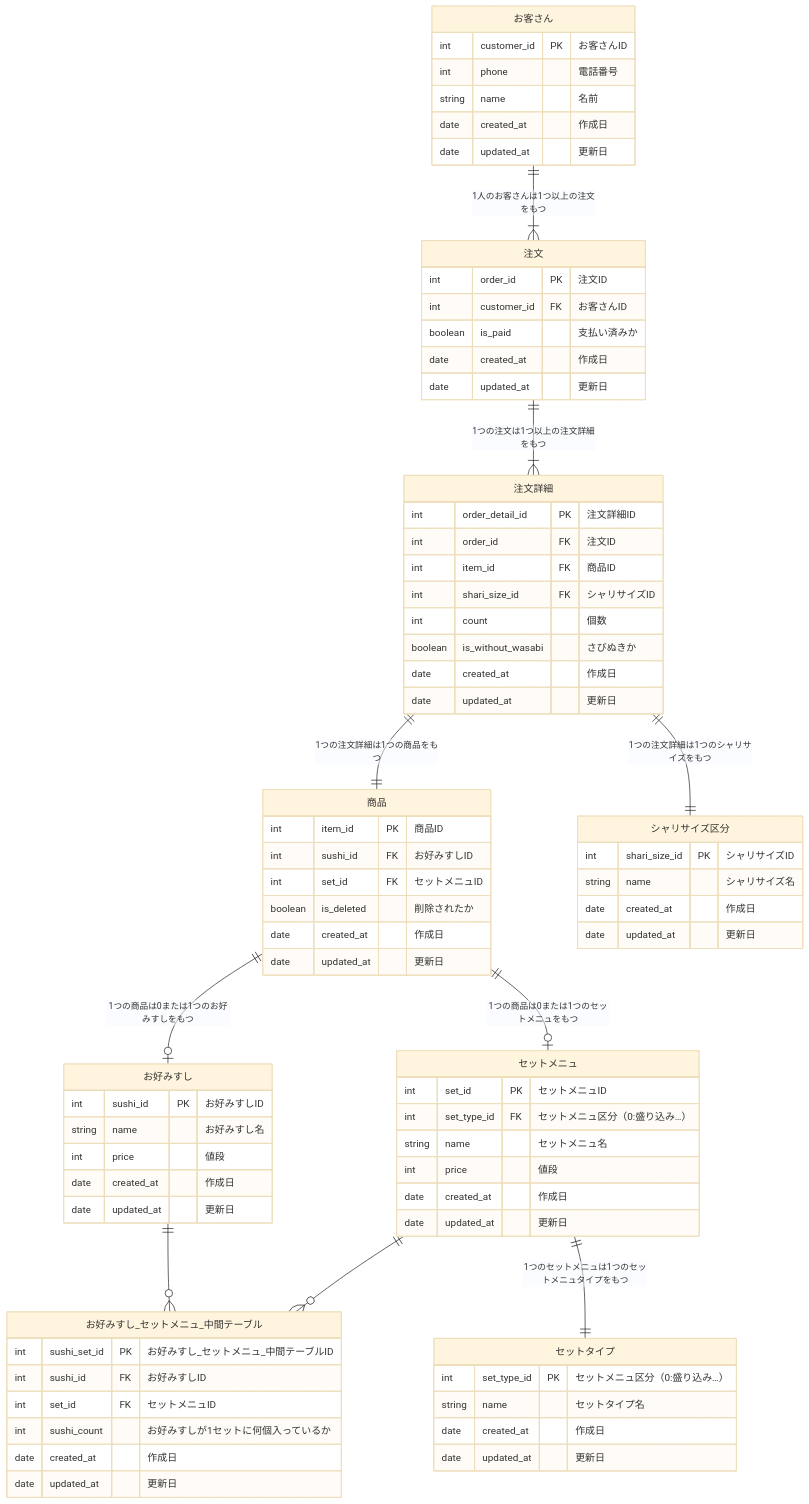
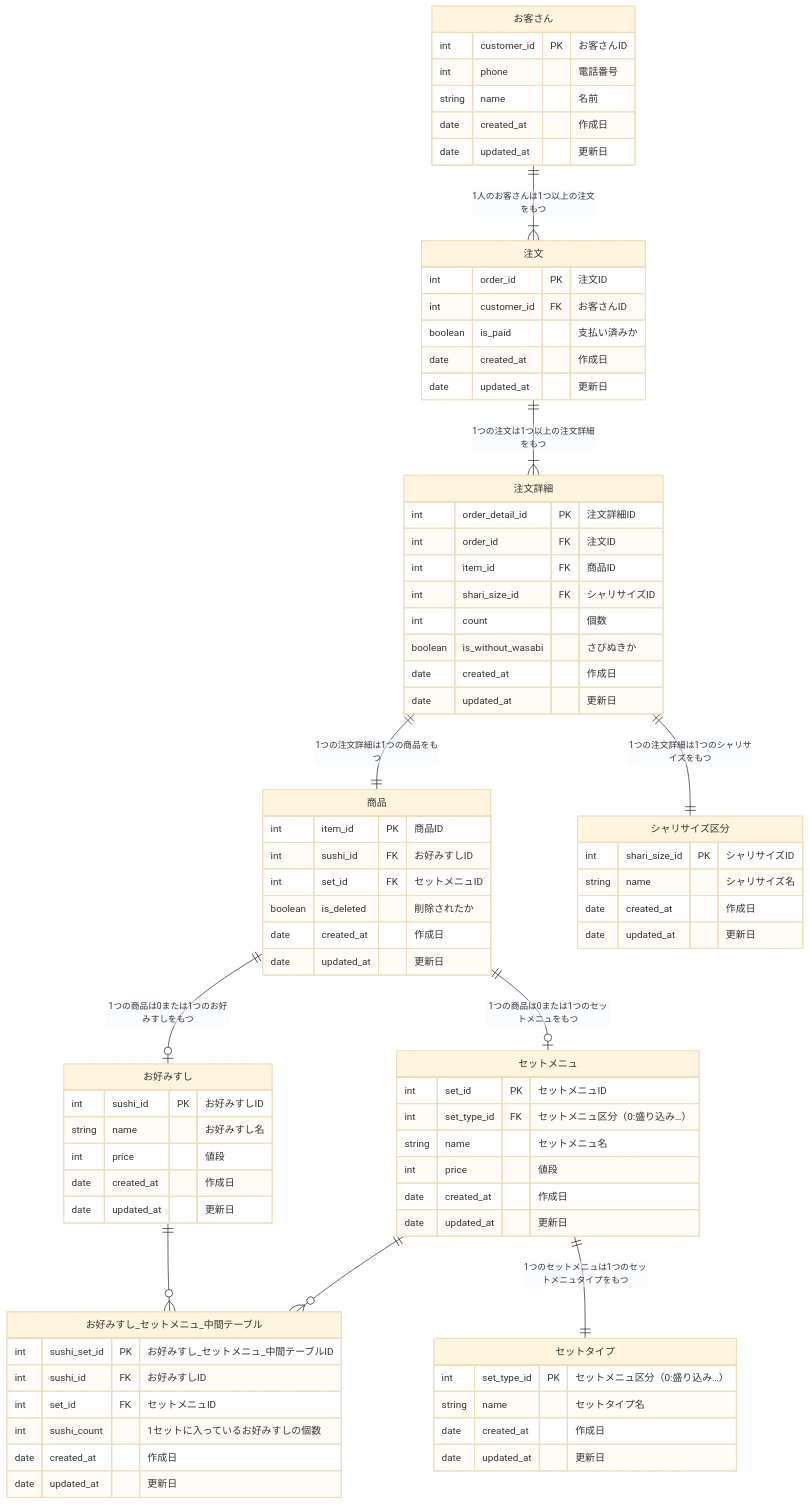
The diagram in F0yWy8HaLlWoST/01_データベース設計/01_DBモデリング1/kadai_02.md (praha-inc/praha-challenge-7), drawn with Mermaid (base theme) before and after one commit.

Commit message:
fix: 指摘修正

```diff
--- a/F0yWy8HaLlWoST/01_データベース設計/01_DBモデリング1/kadai_02.md
+++ b/F0yWy8HaLlWoST/01_データベース設計/01_DBモデリング1/kadai_02.md
@@ -41,7 +41,7 @@
     int sushi_set_id PK "お好みすし_セットメニュ_中間テーブルID"
     int sushi_id FK "お好みすしID"
     int set_id FK "セットメニュID"
-    int sushi_count "お好みすしが1セットに何個入っているか" 
+    int sushi_count "1セットに入っているお好みすしの個数" 
     date created_at "作成日"
     date updated_at "更新日"
   }
```
